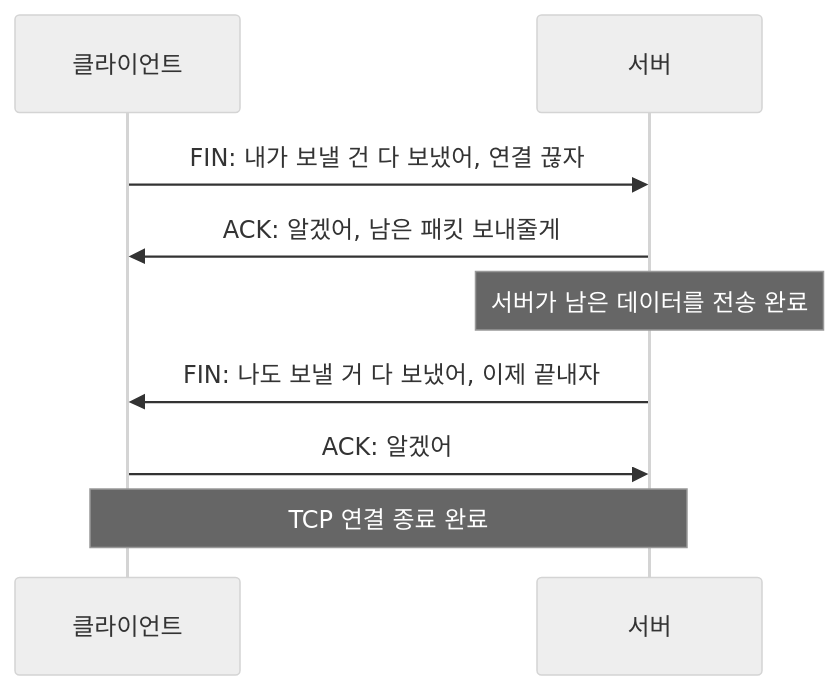
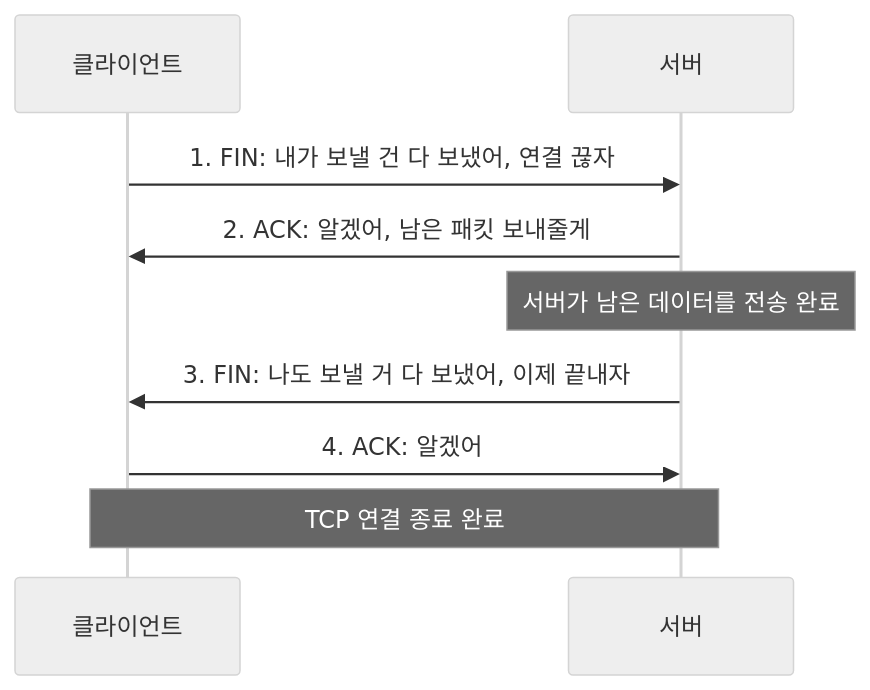
One commit to cherryJubilee/blog changed the second of 2 diagrams in docs/blog/posts/web-study/3way-4way-handshake.md. Above: the diagram before and after it, drawn with Mermaid (neutral theme). The commit also changed other lines of this file and 3 other files, not shown here.

````diff
--- a/docs/blog/posts/web-study/3way-4way-handshake.md
+++ b/docs/blog/posts/web-study/3way-4way-handshake.md
@@ -56,13 +110,13 @@
 ``` mermaid
 sequenceDiagram
     participant 클라이언트
     participant 서버
 
-    클라이언트->>서버: FIN: 내가 보낼 건 다 보냈어, 연결 끊자
-    서버->>클라이언트: ACK: 알겠어, 남은 패킷 보내줄게
+    클라이언트->>서버: 1. FIN: 내가 보낼 건 다 보냈어, 연결 끊자
+    서버->>클라이언트: 2. ACK: 알겠어, 남은 패킷 보내줄게
     Note over 서버: 서버가 남은 데이터를 전송 완료
-    서버->>클라이언트: FIN: 나도 보낼 거 다 보냈어, 이제 끝내자
-    클라이언트->>서버: ACK: 알겠어
+    서버->>클라이언트: 3. FIN: 나도 보낼 거 다 보냈어, 이제 끝내자
+    클라이언트->>서버: 4. ACK: 알겠어
     Note over 클라이언트,서버: TCP 연결 종료 완료
 
 ```
````
